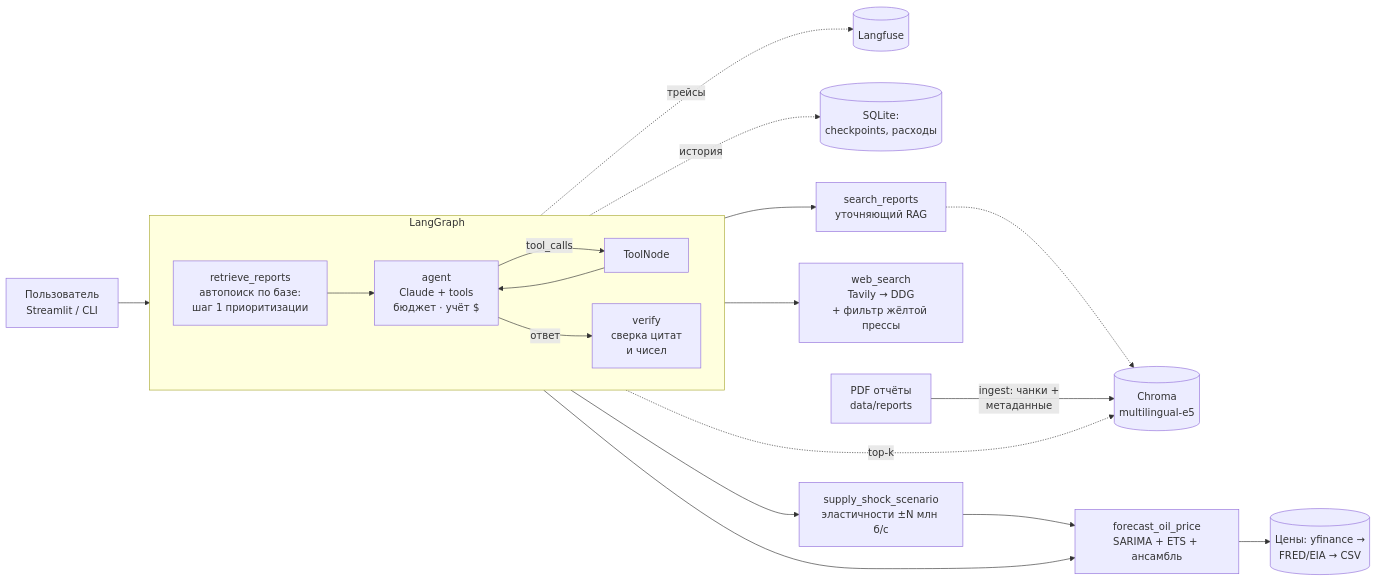
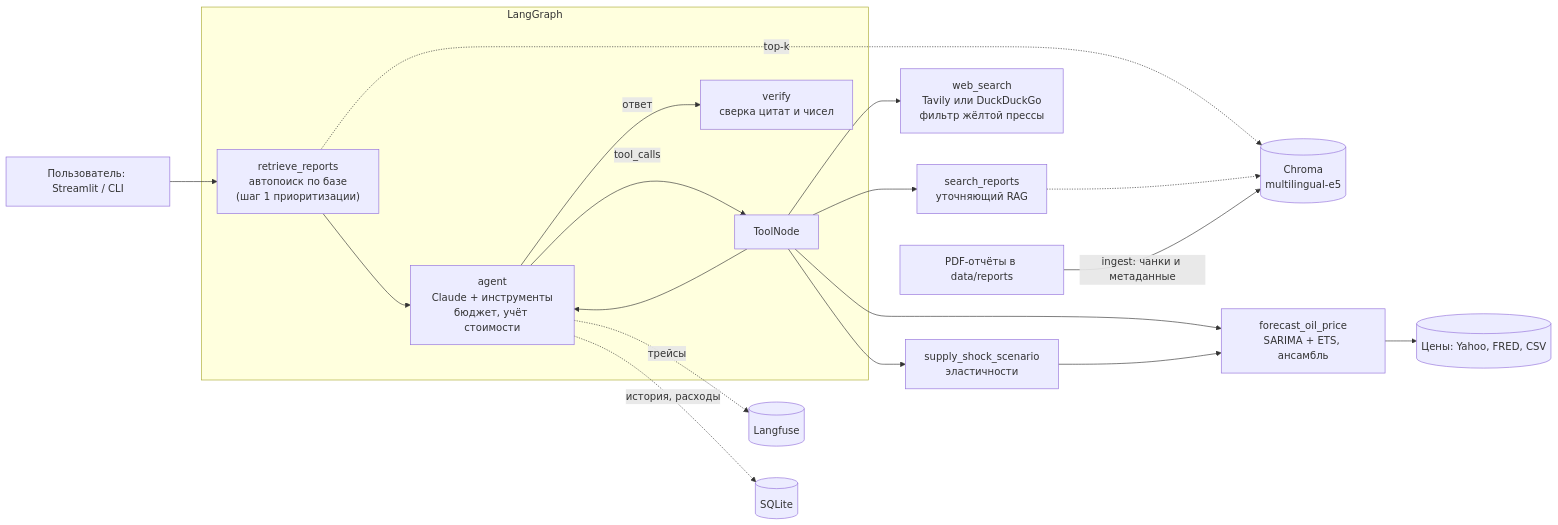
Before and after one commit to fpakhurov/oil-gas-analyst: the first of 3 diagrams in README.md, drawn with Mermaid. The commit also changed other lines of this file and 12 other files, not shown here.

````diff
--- a/README.md
+++ b/README.md
@@ -91,24 +94,23 @@
 ```mermaid
 flowchart LR
-    U[Пользователь<br/>Streamlit / CLI] --> G
+    U["Пользователь: Streamlit / CLI"] --> R
 
-    subgraph G[LangGraph]
-        direction LR
-        R[retrieve_reports<br/>автопоиск по базе:<br/>шаг 1 приоритизации] --> A[agent<br/>Claude + tools<br/>бюджет · учёт $]
-        A -- tool_calls --> T[ToolNode]
+    subgraph graph_box["LangGraph"]
+        R["retrieve_reports<br/>автопоиск по базе<br/>(шаг 1 приоритизации)"] --> A["agent<br/>Claude + инструменты<br/>бюджет, учёт стоимости"]
+        A -->|"tool_calls"| T["ToolNode"]
         T --> A
-        A -- ответ --> VF[verify<br/>сверка цитат<br/>и чисел]
+        A -->|"ответ"| VF["verify<br/>сверка цитат и чисел"]
     end
-    G -. трейсы .-> LF[(Langfuse)]
-    G -. история .-> DB[(SQLite:<br/>checkpoints, расходы)]
 
-    R -. top-k .-> V[(Chroma<br/>multilingual-e5)]
-    T --> S1[search_reports<br/>уточняющий RAG]
-    T --> S2[web_search<br/>Tavily → DDG<br/>+ фильтр жёлтой прессы]
-    T --> S3[forecast_oil_price<br/>SARIMA + ETS + ансамбль]
-    T --> S4[supply_shock_scenario<br/>эластичности ±N млн б/с]
+    A -.->|"трейсы"| LF[("Langfuse")]
+    A -.->|"история, расходы"| DB[("SQLite")]
+    R -.->|"top-k"| V[("Chroma<br/>multilingual-e5")]
+    T --> S1["search_reports<br/>уточняющий RAG"]
+    T --> S2["web_search<br/>Tavily или DuckDuckGo<br/>фильтр жёлтой прессы"]
+    T --> S3["forecast_oil_price<br/>SARIMA + ETS, ансамбль"]
+    T --> S4["supply_shock_scenario<br/>эластичности"]
     S1 -.-> V
-    S3 --> P[(Цены: yfinance →<br/>FRED/EIA → CSV)]
+    S3 --> P[("Цены: Yahoo, FRED, CSV")]
     S4 --> S3
-    PDF[PDF отчёты<br/>data/reports] -- ingest: чанки +<br/>метаданные --> V
+    PDF["PDF-отчёты в data/reports"] -->|"ingest: чанки и метаданные"| V
 ```
````
